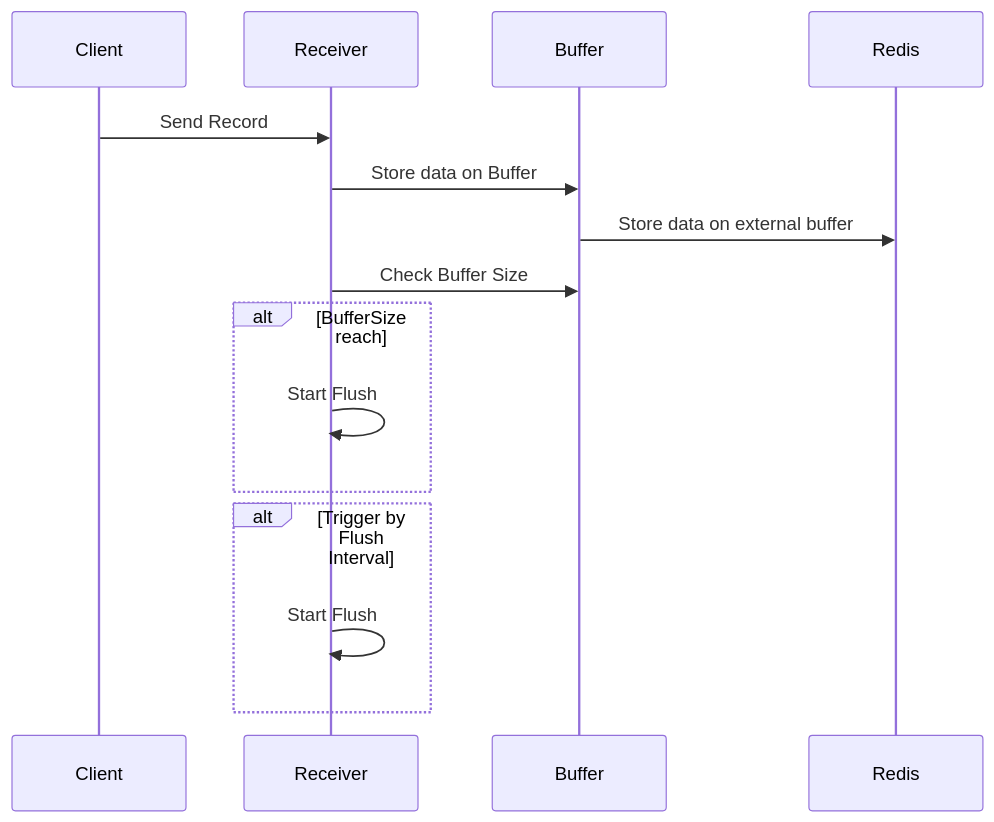
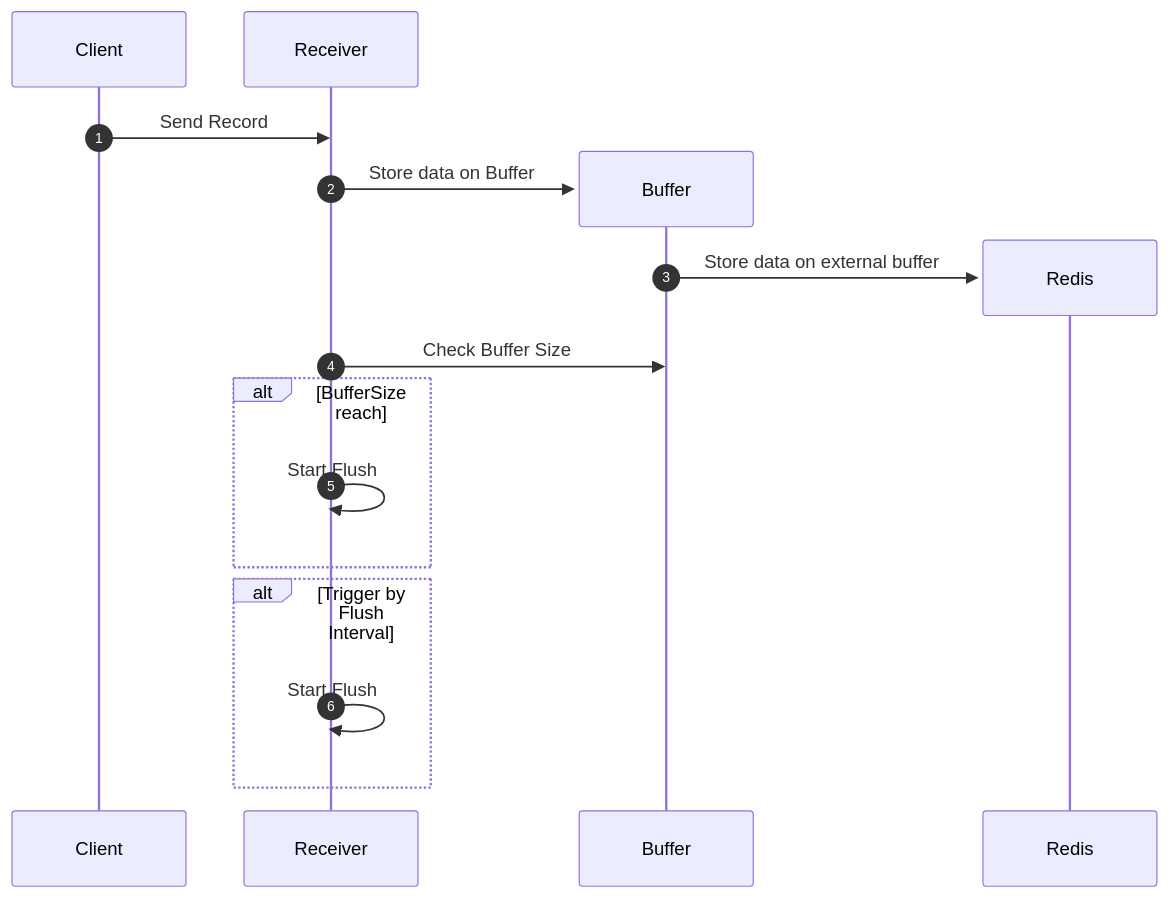
Before and after one commit to RafaelFino/Data2Parquet-go: the first of 2 diagrams in README.md, drawn with Mermaid. The commit also changed other lines of this file and 1 other file, not shown here.

````diff
--- a/README.md
+++ b/README.md
@@ -8,18 +8,21 @@
 ```mermaid
 sequenceDiagram
+	autonumber
     participant Client
-    participant Receiver
-    participant Buffer
-    participant Redis
+    participant Receiver    
 
     Client->>Receiver: Send Record
+	create participant Buffer
     Receiver->>Buffer: Store data on Buffer
+	
+	create participant Redis
 	Buffer->>Redis: Store data on external buffer
-    Receiver->>Buffer: Check Buffer Size
+    
+	Receiver->>Buffer: Check Buffer Size
 	alt BufferSize reach
 		Receiver->>Receiver: Start Flush
 	end
 	alt Trigger by Flush Interval
 		Receiver->>Receiver: Start Flush
     end
 ```
````
